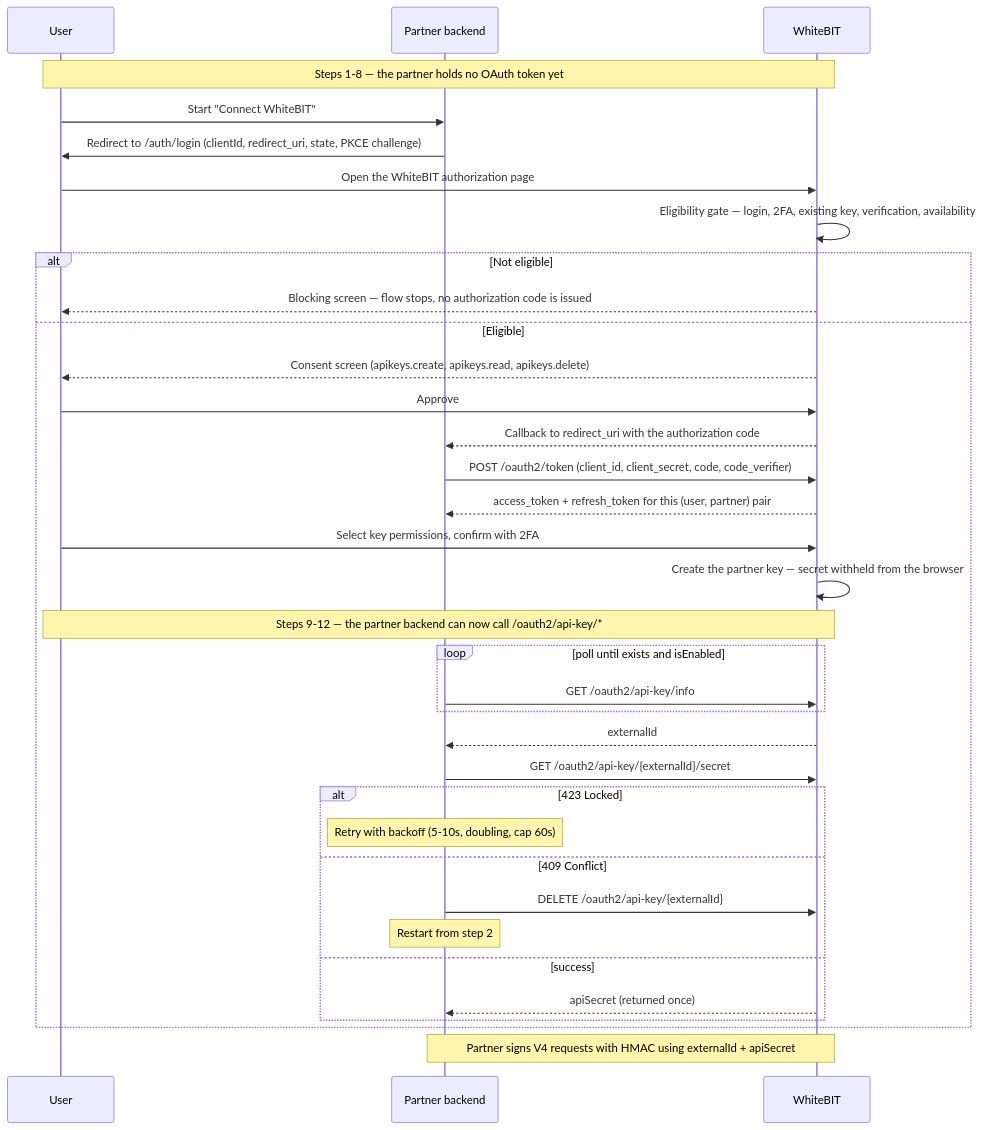
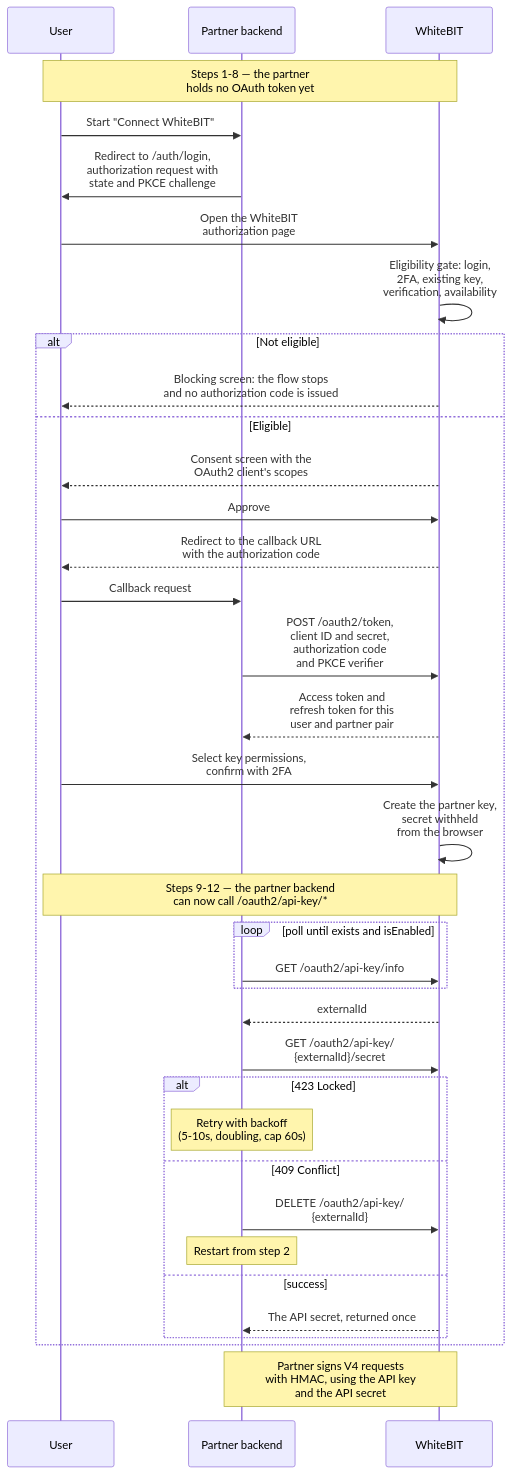
The diagram in guides/fast-api-key-integration.mdx (whitebit-exchange/docs), drawn with Mermaid before and after one commit. The commit also changed 7 other files, not shown here.

Commit message:
fix(guide): align withdrawal status actions and fix drifted diagrams

````diff
--- a/guides/fast-api-key-integration.mdx
+++ b/guides/fast-api-key-integration.mdx
@@ -66,38 +66,39 @@
 ```mermaid
 sequenceDiagram
     participant User
     participant Partner as Partner backend
     participant WhiteBIT
 
-    Note over User,WhiteBIT: Steps 1-8 — the partner holds no OAuth token yet
+    Note over User,WhiteBIT: Steps 1-8 — the partner<br/>holds no OAuth token yet
     User->>Partner: Start "Connect WhiteBIT"
-    Partner->>User: Redirect to /auth/login (clientId, redirect_uri, state, PKCE challenge)
-    User->>WhiteBIT: Open the WhiteBIT authorization page
-    WhiteBIT->>WhiteBIT: Eligibility gate — login, 2FA, existing key, verification, availability
+    Partner->>User: Redirect to /auth/login,<br/>authorization request with<br/>state and PKCE challenge
+    User->>WhiteBIT: Open the WhiteBIT<br/>authorization page
+    WhiteBIT->>WhiteBIT: Eligibility gate: login,<br/>2FA, existing key,<br/>verification, availability
     alt Not eligible
-        WhiteBIT-->>User: Blocking screen — flow stops, no authorization code is issued
+        WhiteBIT-->>User: Blocking screen: the flow stops<br/>and no authorization code is issued
     else Eligible
-        WhiteBIT-->>User: Consent screen (apikeys.create, apikeys.read, apikeys.delete)
+        WhiteBIT-->>User: Consent screen with the<br/>OAuth2 client's scopes
         User->>WhiteBIT: Approve
-        WhiteBIT-->>Partner: Callback to redirect_uri with the authorization code
-        Partner->>WhiteBIT: POST /oauth2/token (client_id, client_secret, code, code_verifier)
-        WhiteBIT-->>Partner: access_token + refresh_token for this (user, partner) pair
-        User->>WhiteBIT: Select key permissions, confirm with 2FA
-        WhiteBIT->>WhiteBIT: Create the partner key — secret withheld from the browser
-        Note over User,WhiteBIT: Steps 9-12 — the partner backend can now call /oauth2/api-key/*
+        WhiteBIT-->>User: Redirect to the callback URL<br/>with the authorization code
+        User->>Partner: Callback request
+        Partner->>WhiteBIT: POST /oauth2/token,<br/>client ID and secret,<br/>authorization code<br/>and PKCE verifier
+        WhiteBIT-->>Partner: Access token and<br/>refresh token for this<br/>user and partner pair
+        User->>WhiteBIT: Select key permissions,<br/>confirm with 2FA
+        WhiteBIT->>WhiteBIT: Create the partner key,<br/>secret withheld<br/>from the browser
+        Note over User,WhiteBIT: Steps 9-12 — the partner backend<br/>can now call /oauth2/api-key/*
         loop poll until exists and isEnabled
             Partner->>WhiteBIT: GET /oauth2/api-key/info
         end
         WhiteBIT-->>Partner: externalId
-        Partner->>WhiteBIT: GET /oauth2/api-key/{externalId}/secret
+        Partner->>WhiteBIT: GET /oauth2/api-key/<br/>{externalId}/secret
         alt 423 Locked
-            Note over Partner: Retry with backoff (5-10s, doubling, cap 60s)
+            Note over Partner: Retry with backoff<br/>(5-10s, doubling, cap 60s)
         else 409 Conflict
-            Partner->>WhiteBIT: DELETE /oauth2/api-key/{externalId}
+            Partner->>WhiteBIT: DELETE /oauth2/api-key/<br/>{externalId}
             Note over Partner: Restart from step 2
         else success
-            WhiteBIT-->>Partner: apiSecret (returned once)
+            WhiteBIT-->>Partner: The API secret, returned once
         end
     end
-    Note over Partner,WhiteBIT: Partner signs V4 requests with HMAC using externalId + apiSecret
+    Note over Partner,WhiteBIT: Partner signs V4 requests<br/>with HMAC, using the API key<br/>and the API secret
 ```
````
